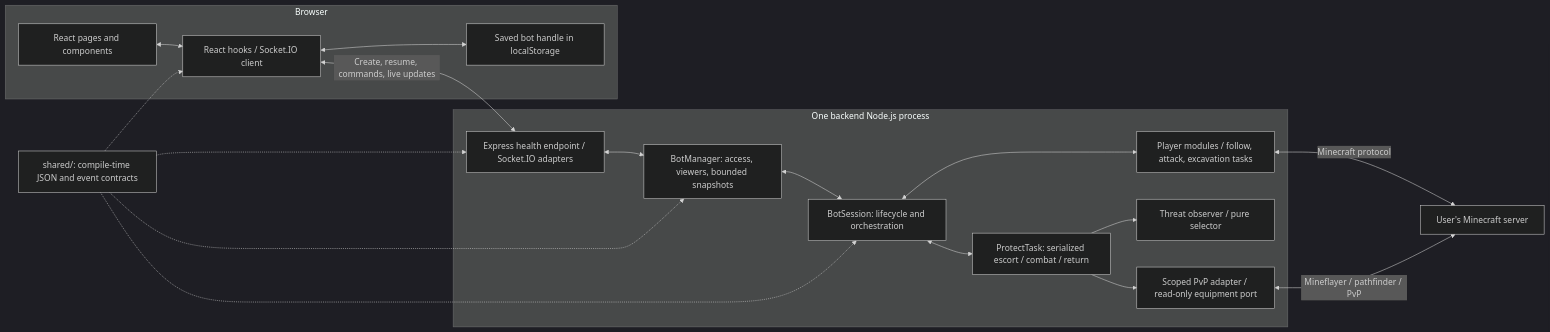
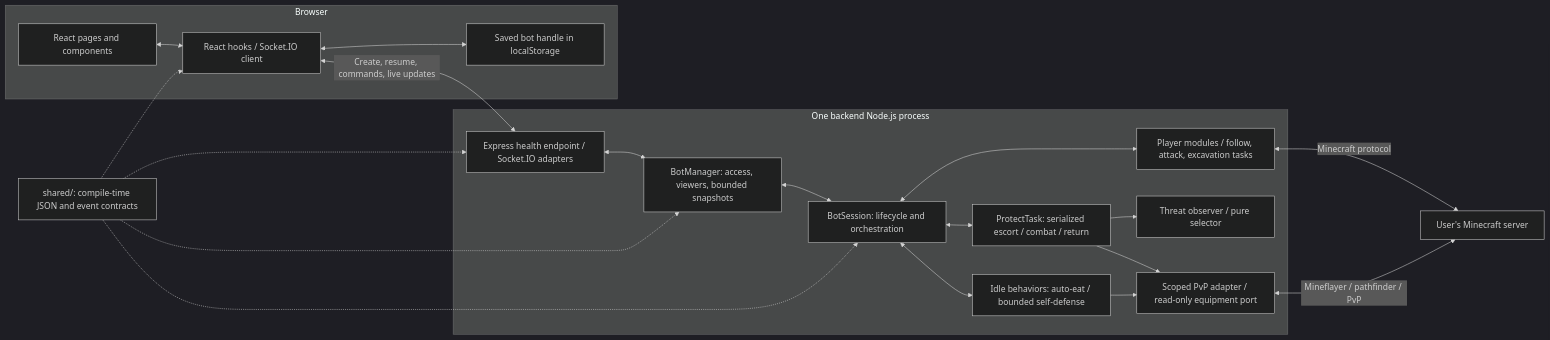
Before and after one commit to zhaungsont/Kanabot: the first of 2 diagrams in README.md, drawn with Mermaid (dark theme). The commit also changed other lines of this file and 31 other files, not shown here.

Commit message:
feat: behaviors autoeat and self-defense

````diff
--- a/README.md
+++ b/README.md
@@ -55,34 +57,37 @@
 ```mermaid
 flowchart LR
     subgraph Browser["Browser"]
         UI["React pages and components"]
         Hooks["React hooks / Socket.IO client"]
         Storage["Saved bot handle in localStorage"]
         UI <--> Hooks
         Hooks <--> Storage
     end
     subgraph Backend["One backend Node.js process"]
         Gateway["Express health endpoint / Socket.IO adapters"]
         Manager["BotManager: access, viewers, bounded snapshots"]
         Session["BotSession: lifecycle and orchestration"]
         Features["Player modules / follow, attack, excavation tasks"]
         Protect["ProtectTask: serialized escort / combat / return"]
         Threats["Threat observer / pure selector"]
         Combat["Scoped PvP adapter / read-only equipment port"]
         Gateway <--> Manager
         Manager <--> Session
         Session <--> Features
         Session <--> Protect
         Protect --> Threats
         Protect --> Combat
+        Idle["Idle behaviors: auto-eat / bounded self-defense"]
+        Session <--> Idle
+        Idle --> Combat
     end
     Contracts["shared/: compile-time JSON and event contracts"]
     MC["User's Minecraft server"]
     Hooks <-->|"Create, resume, commands, live updates"| Gateway
     Features <-->|"Minecraft protocol"| MC
     Combat <-->|"Mineflayer / pathfinder / PvP"| MC
     Contracts -.-> Hooks
     Contracts -.-> Gateway
     Contracts -.-> Manager
     Contracts -.-> Session
 ```
````
